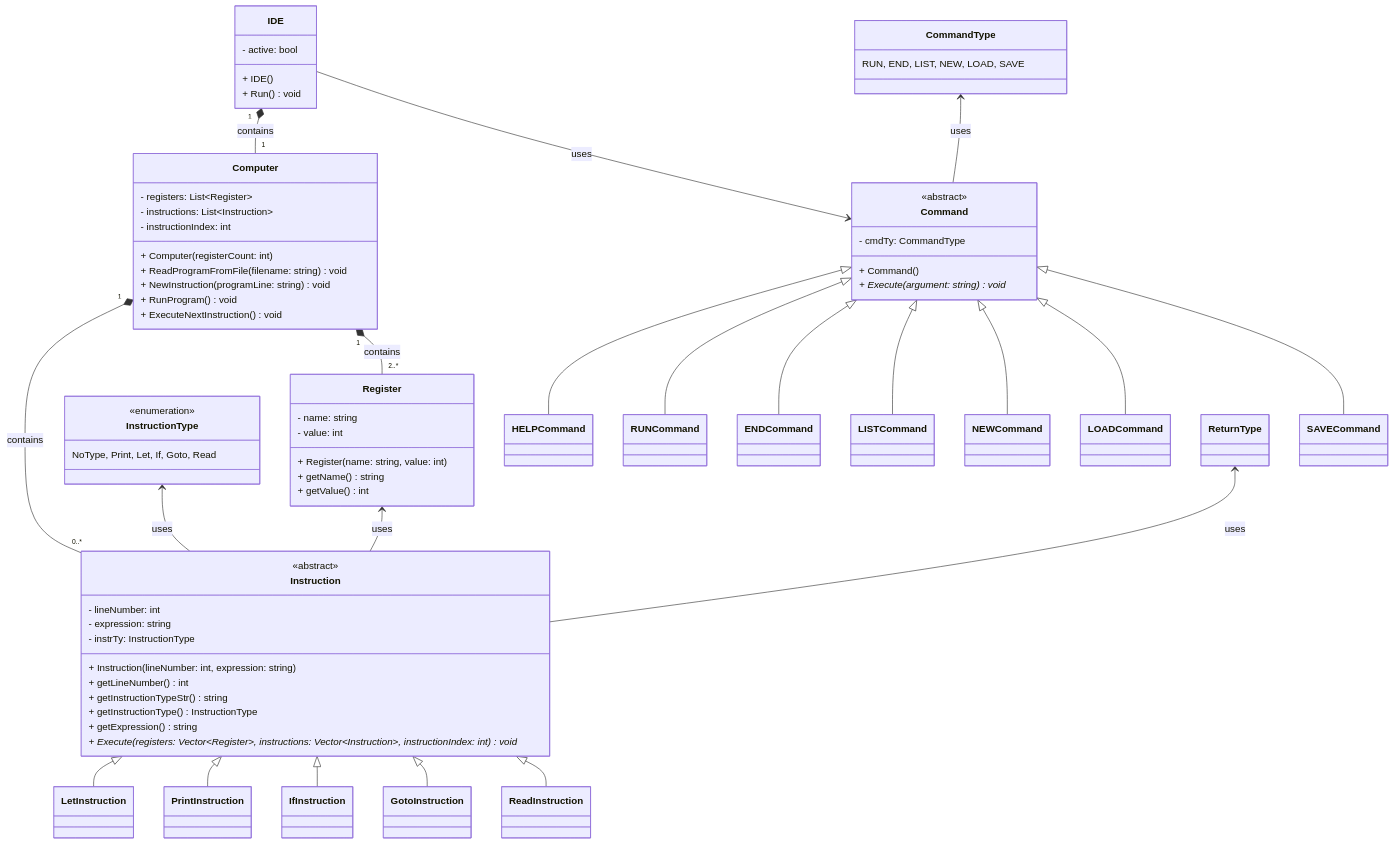
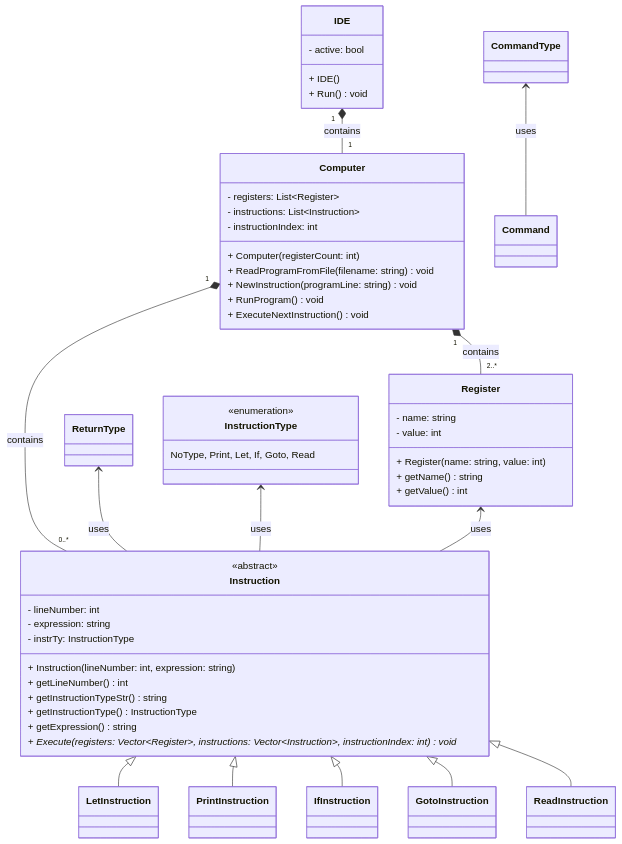
Before and after one commit to Spyro1/Basic-Lite-Interpreter: the diagram in Documentation/BASIC.md, drawn with Mermaid. The commit also changed other lines of this file and 6 other files, not shown here.

Commit message:
IDE beta version: All commands working. Run command error when character inputed

````diff
--- a/Documentation/BASIC.md
+++ b/Documentation/BASIC.md
@@ -72,26 +72,11 @@
       + IDE()
       + Run() void
     }
-    class CommandType { RUN, END, LIST, NEW, LOAD, SAVE }
-    class Command{
-      <<abstract>>
-      - cmdTy: CommandType
-      + Command()
-      + Execute(argument: string) void*
-    }
-    class HELPCommand
-    class RUNCommand
-    class ENDCommand
-    class LISTCommand
-    class NEWCommand
-    class LOADCommand
-    class SAVECommand
     
 %%    Computer --> List : uses   
 %%    List "1" *-- "0..*" Node : contains
     IDE "1" *-- "1" Computer : contains
     CommandType <-- Command : uses
-    IDE --> Command : uses
 %%    Computer "1" --* "1" IDE
     
     Computer "1" *-- "0..*" Instruction : contains
@@ -110,16 +95,4 @@
     Instruction <|-- IfInstruction
     Instruction <|-- GotoInstruction
     Instruction <|-- ReadInstruction
-    
-    
-    Command <|-- HELPCommand
-    Command <|-- RUNCommand
-    Command <|-- ENDCommand
-    Command <|-- LISTCommand
-    Command <|-- NEWCommand
-    Command <|-- LOADCommand
-    Command <|-- SAVECommand
-    
-    %% Notes
-      
 ```
````
